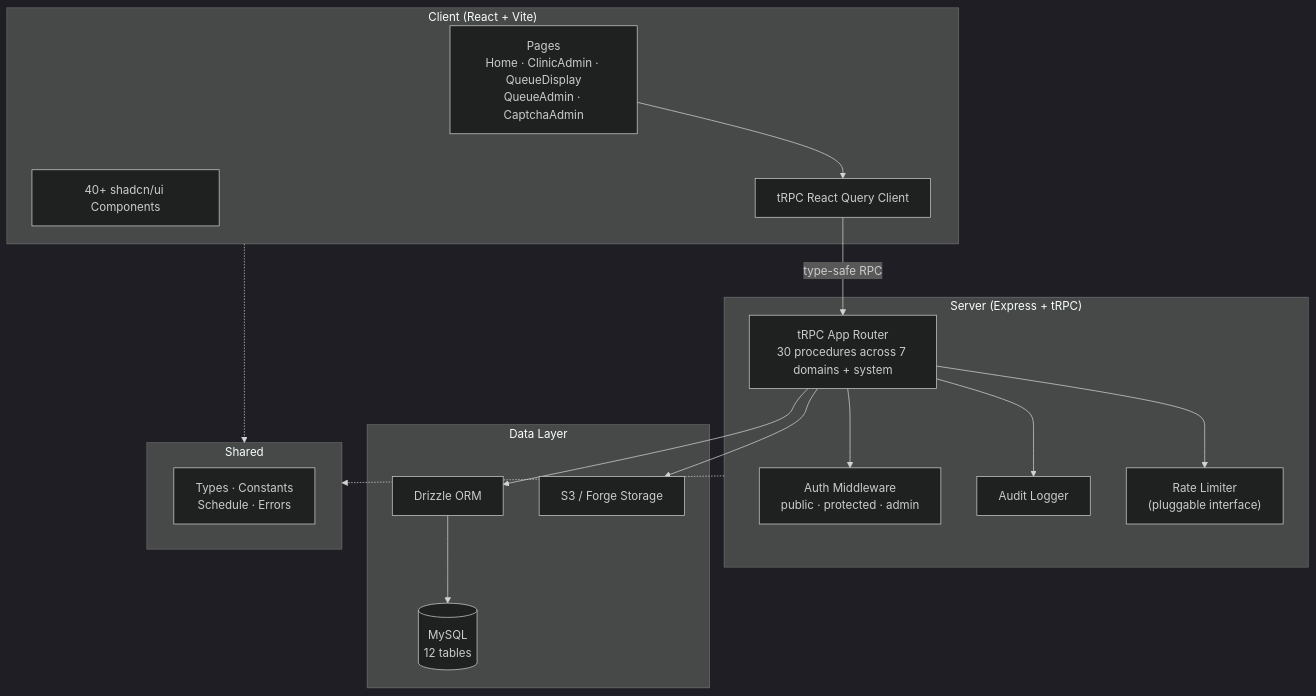
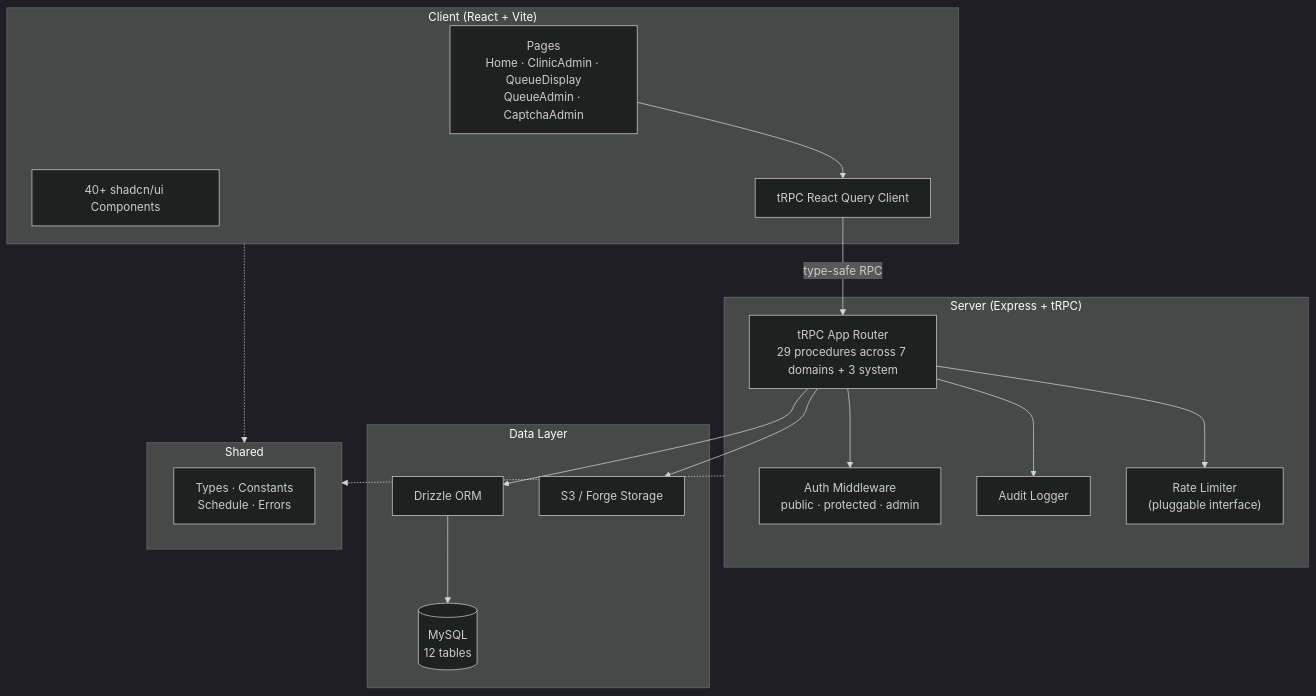
The first of 2 diagrams in README.md (nhasibuan/primecare-clinic-reimagined), drawn with Mermaid (dark theme) before and after one commit. The commit also changed other lines of this file and 7 other files, not shown here.

````diff
--- a/README.md
+++ b/README.md
@@ -63,36 +64,36 @@
 ```mermaid
 flowchart TD
     subgraph Client["Client (React + Vite)"]
         Pages["Pages<br/>Home · ClinicAdmin · QueueDisplay<br/>QueueAdmin · CaptchaAdmin"]
         Components["40+ shadcn/ui Components"]
         tRPCClient["tRPC React Query Client"]
     end
 
     subgraph Server["Server (Express + tRPC)"]
-        Router["tRPC App Router<br/>30 procedures across 7 domains + system"]
+        Router["tRPC App Router<br/>29 procedures across 7 domains + 3 system"]
         Auth["Auth Middleware<br/>public · protected · admin"]
         AuditLog["Audit Logger"]
         RateLimiter["Rate Limiter<br/>(pluggable interface)"]
     end
 
     subgraph Data["Data Layer"]
         Drizzle["Drizzle ORM"]
         MySQL[("MySQL<br/>12 tables")]
         S3["S3 / Forge Storage"]
     end
 
     subgraph Shared["Shared"]
         Types["Types · Constants<br/>Schedule · Errors"]
     end
 
     Pages --> tRPCClient
     tRPCClient -->|"type-safe RPC"| Router
     Router --> Auth
     Router --> AuditLog
     Router --> RateLimiter
     Router --> Drizzle
     Drizzle --> MySQL
     Router --> S3
     Client -.-> Shared
     Server -.-> Shared
 ```
````
